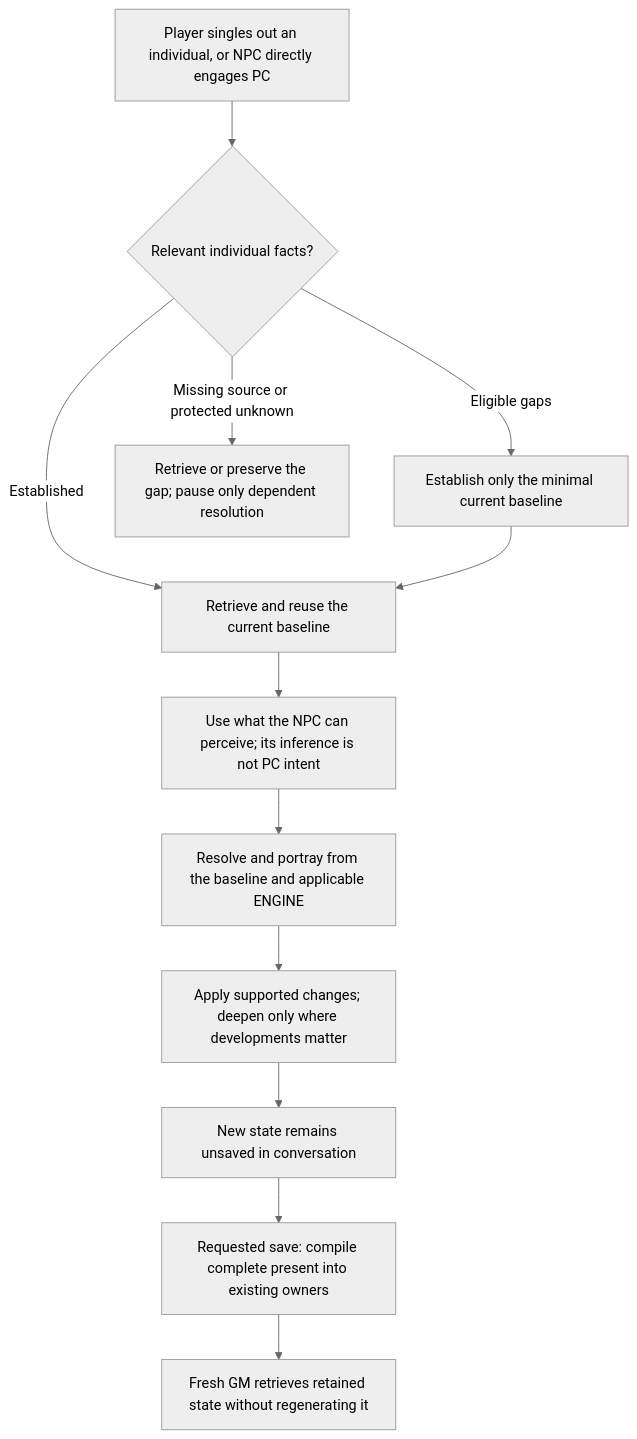
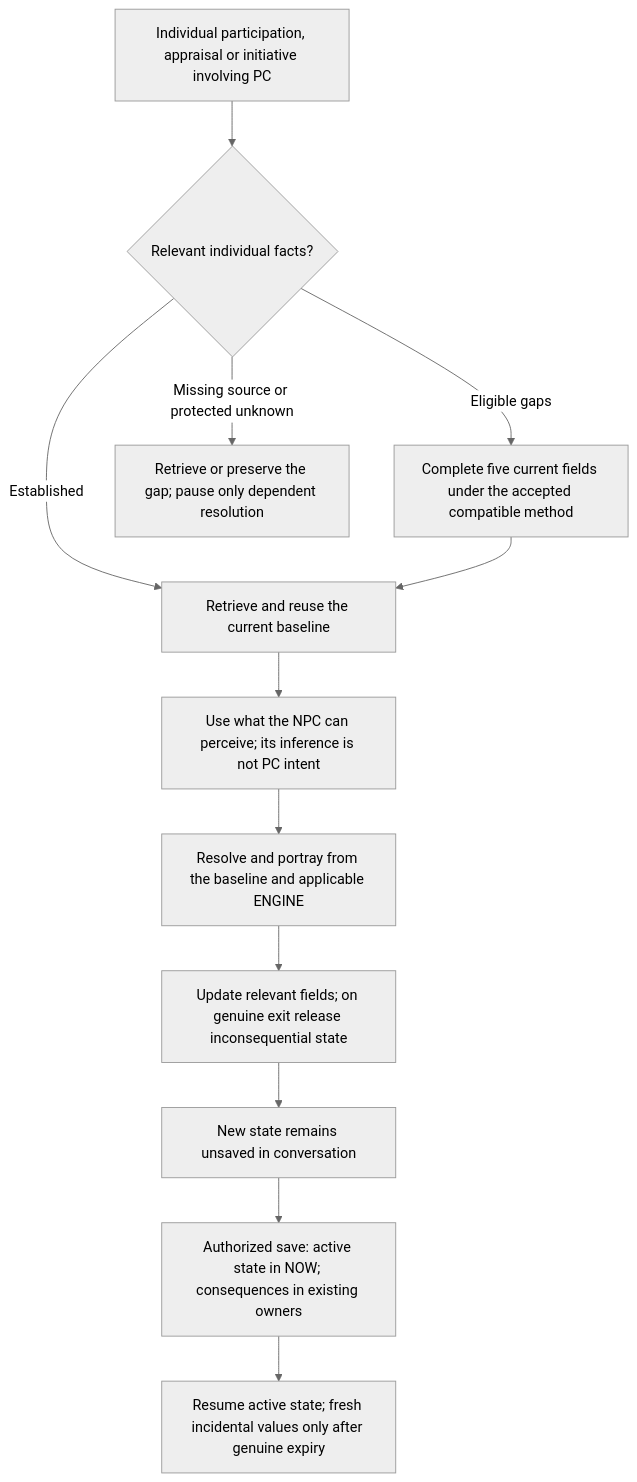
Before and after one commit to croatianrdy2defend-create/RPG-OS: the fourth of 11 diagrams in MECHANICS.md, drawn with Mermaid (neutral theme). The commit also changed other lines of this file and 32 other files, not shown here.

Commit message:
Release v0.9.3 with temporary encounter state and consequence continuity

````diff
--- a/MECHANICS.md
+++ b/MECHANICS.md
@@ -163,14 +169,14 @@
 ```mermaid
 flowchart TD
-    agentFocus["Player singles out an individual, or NPC directly engages PC"] --> agentSource{"Relevant individual facts?"}
+    agentFocus["Individual participation, appraisal or initiative involving PC"] --> agentSource{"Relevant individual facts?"}
     agentSource -->|"Established"| agentUse["Retrieve and reuse the current baseline"]
-    agentSource -->|"Eligible gaps"| agentEstablish["Establish only the minimal current baseline"]
+    agentSource -->|"Eligible gaps"| agentEstablish["Complete five current fields under the accepted compatible method"]
     agentSource -->|"Missing source or protected unknown"| agentGap["Retrieve or preserve the gap; pause only dependent resolution"]
     agentEstablish --> agentUse
     agentUse --> agentPerceive["Use what the NPC can perceive; its inference is not PC intent"]
     agentPerceive --> agentResolve["Resolve and portray from the baseline and applicable ENGINE"]
-    agentResolve --> agentCause["Apply supported changes; deepen only where developments matter"]
+    agentResolve --> agentCause["Update relevant fields; on genuine exit release inconsequential state"]
     agentCause --> agentChat["New state remains unsaved in conversation"]
-    agentChat --> agentSave["Requested save: compile complete present into existing owners"]
-    agentSave --> agentResume["Fresh GM retrieves retained state without regenerating it"]
+    agentChat --> agentSave["Authorized save: active state in NOW; consequences in existing owners"]
+    agentSave --> agentResume["Resume active state; fresh incidental values only after genuine expiry"]
 ```
````
